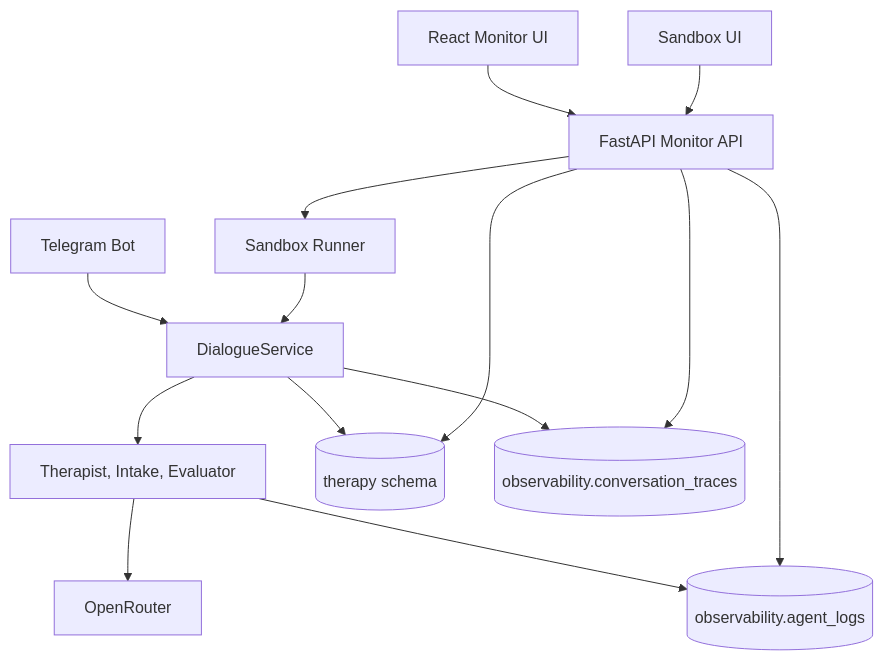
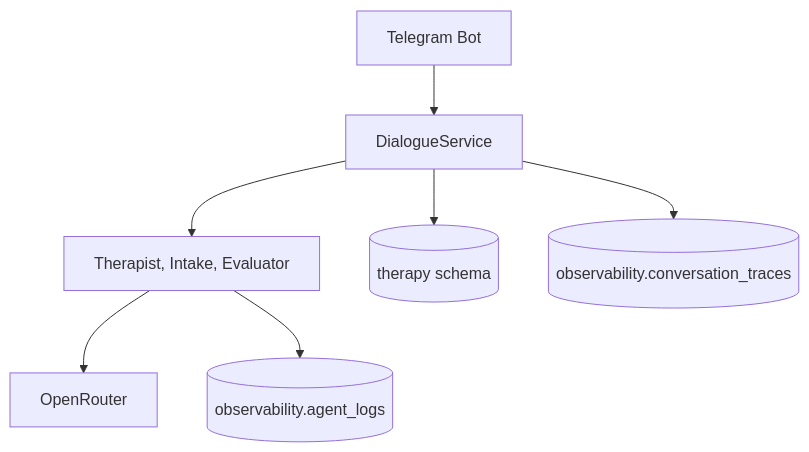
Before and after one commit to AlbaRuth/Opora: the diagram in ARCHITECTURE.md, drawn with Mermaid. The commit also changed other lines of this file and 108 other files, not shown here.

````diff
--- a/ARCHITECTURE.md
+++ b/ARCHITECTURE.md
@@ -19,16 +7,9 @@
 ```mermaid
 flowchart TD
     TelegramBot["Telegram Bot"] --> DialogueService["DialogueService"]
-    MonitorUI["React Monitor UI"] --> MonitorAPI["FastAPI Monitor API"]
-    SandboxUI["Sandbox UI"] --> MonitorAPI
-    MonitorAPI --> SandboxRunner["Sandbox Runner"]
-    SandboxRunner --> DialogueService
     DialogueService --> Agents["Therapist, Intake, Evaluator"]
     Agents --> OpenRouter["OpenRouter"]
     DialogueService --> TherapyDB[("therapy schema")]
     Agents --> AgentLogs[("observability.agent_logs")]
     DialogueService --> Traces[("observability.conversation_traces")]
-    MonitorAPI --> TherapyDB
-    MonitorAPI --> AgentLogs
-    MonitorAPI --> Traces
 ```
````
